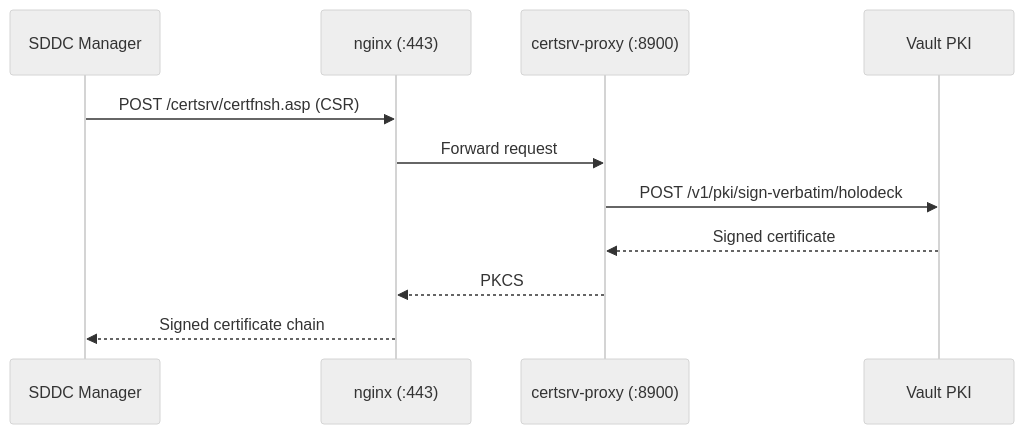
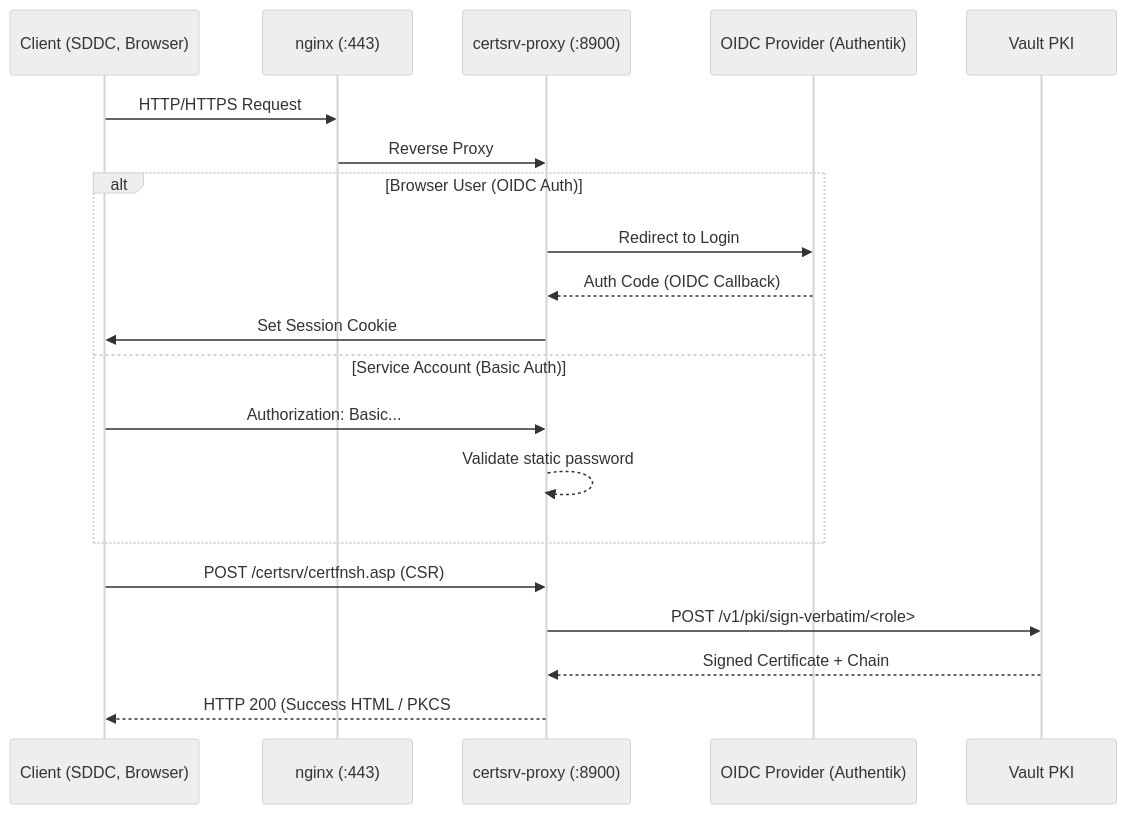
The sixth of 6 diagrams in Tools/holorouter/README.md (Broadcom/HOLFY27-MGR-HOLUSER), drawn with Mermaid (neutral theme) before and after one commit. The commit also changed other lines of this file and 6 other files, not shown here.

Commit message:
Update certsrv proxy files

````diff
--- a/Tools/holorouter/README.md
+++ b/Tools/holorouter/README.md
@@ -341,14 +343,25 @@
 ```mermaid
 sequenceDiagram
-    participant SDDC as SDDC Manager
+    participant Client as Client (SDDC, Browser)
     participant NGINX as nginx (:443)
     participant PROXY as certsrv-proxy (:8900)
+    participant IDP as OIDC Provider (Authentik)
     participant VAULT as Vault PKI
 
-    SDDC->>NGINX: POST /certsrv/certfnsh.asp (CSR)
-    NGINX->>PROXY: Forward request
-    PROXY->>VAULT: POST /v1/pki/sign-verbatim/holodeck
-    VAULT-->>PROXY: Signed certificate
-    PROXY-->>NGINX: PKCS#7 response
-    NGINX-->>SDDC: Signed certificate chain
+    Client->>NGINX: HTTP/HTTPS Request
+    NGINX->>PROXY: Reverse Proxy
+    
+    alt Browser User (OIDC Auth)
+        PROXY->>IDP: Redirect to Login
+        IDP-->>PROXY: Auth Code (OIDC Callback)
+        PROXY->>Client: Set Session Cookie
+    else Service Account (Basic Auth)
+        Client->>PROXY: Authorization: Basic...
+        PROXY-->>PROXY: Validate static password
+    end
+
+    Client->>PROXY: POST /certsrv/certfnsh.asp (CSR)
+    PROXY->>VAULT: POST /v1/pki/sign-verbatim/<role>
+    VAULT-->>PROXY: Signed Certificate + Chain
+    PROXY-->>Client: HTTP 200 (Success HTML / PKCS#7)
 ```
````
